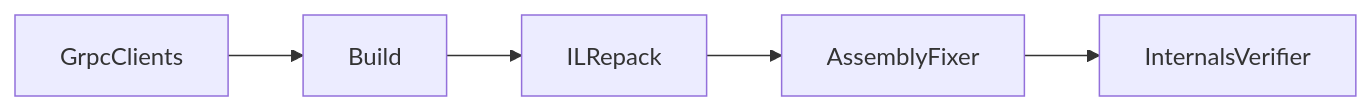
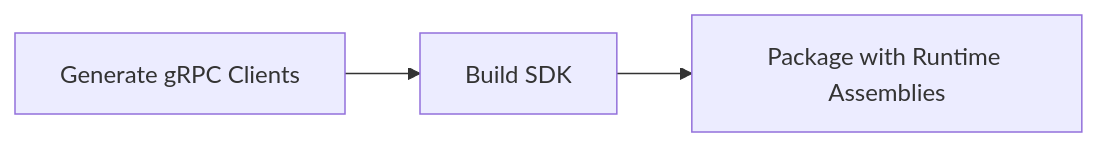
One commit to Cratis/Chronicle changed the second of 2 diagrams in Documentation/contributing/clients/internalization.md. Above: the diagram before and after it, drawn with Mermaid. The commit also changed other lines of this file and 5 other files, not shown here.

````diff
--- a/Documentation/contributing/clients/internalization.md
+++ b/Documentation/contributing/clients/internalization.md
@@ -77,4 +129,4 @@
 ```mermaid
 flowchart LR
-    GrpcClients --> Build --> ILRepack --> AssemblyFixer --> InternalsVerifier
+    GrpcClients["Generate gRPC Clients"] --> Build["Build SDK"] --> Package["Package with Runtime Assemblies"]
 ```
````
